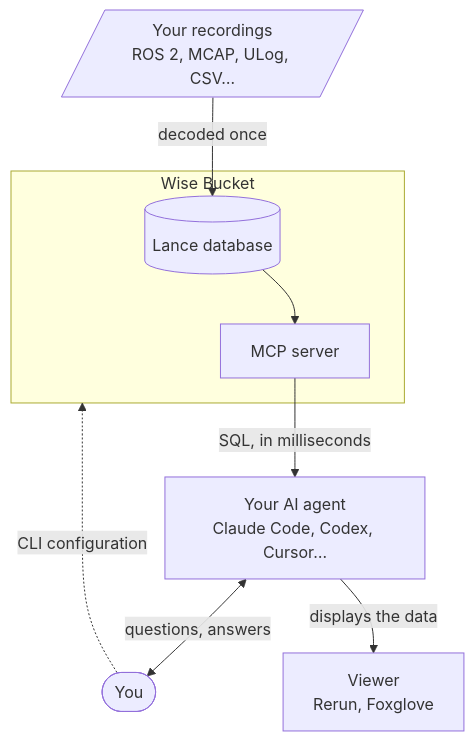
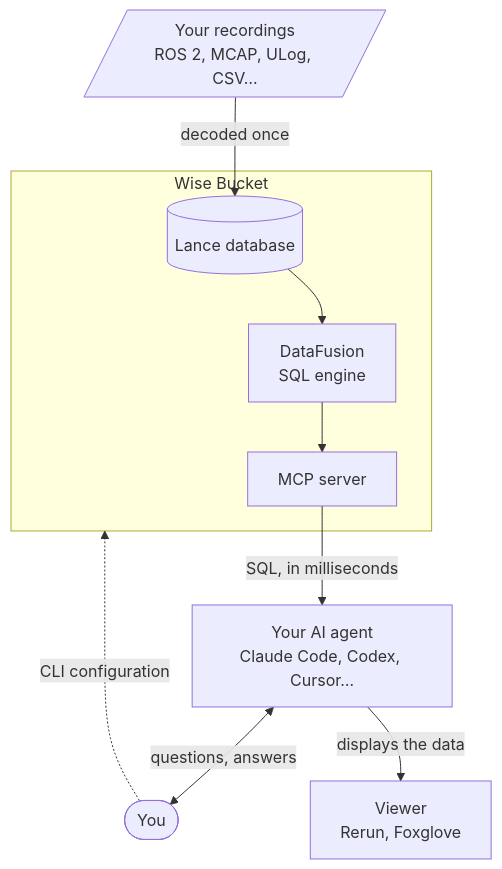
One commit to MBagory/wise-bucket changed the diagram in README.md. Above: the diagram before and after it, drawn with Mermaid. The commit also changed other lines of this file, not shown here.

First line of the commit message:
README: Built for speed, on Rust, DataFusion and Lance

````diff
--- a/README.md
+++ b/README.md
@@ -24,11 +24,11 @@
 ```mermaid
 flowchart TB
     subgraph wb["Wise Bucket"]
-        store[("Lance database")] --> mcp["MCP server"]
+        store[("Lance database")] --> engine["DataFusion<br/>SQL engine"] --> mcp["MCP server"]
     end
     rec[/"Your recordings<br/>ROS 2, MCAP, ULog, CSV…"/] -->|"decoded once"| store
     mcp -->|"SQL, in milliseconds"| agent["Your AI agent<br/>Claude Code, Codex, Cursor…"]
     agent <-->|"questions, answers"| you(["You"])
     agent -->|"displays the data"| viewer["Viewer<br/>Rerun, Foxglove"]
     you -.->|"CLI configuration"| wb
 ```
````
